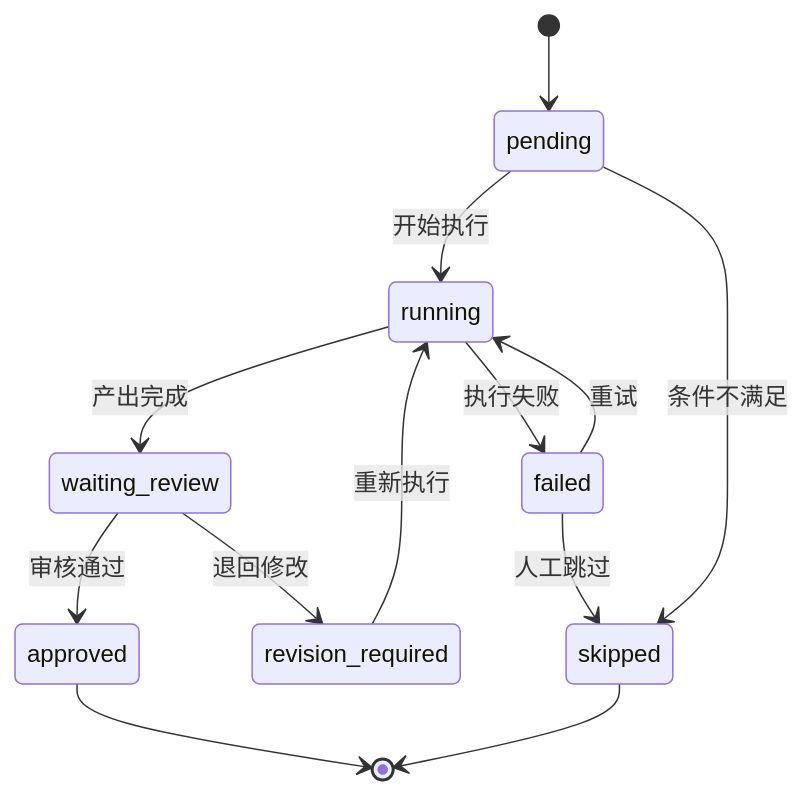
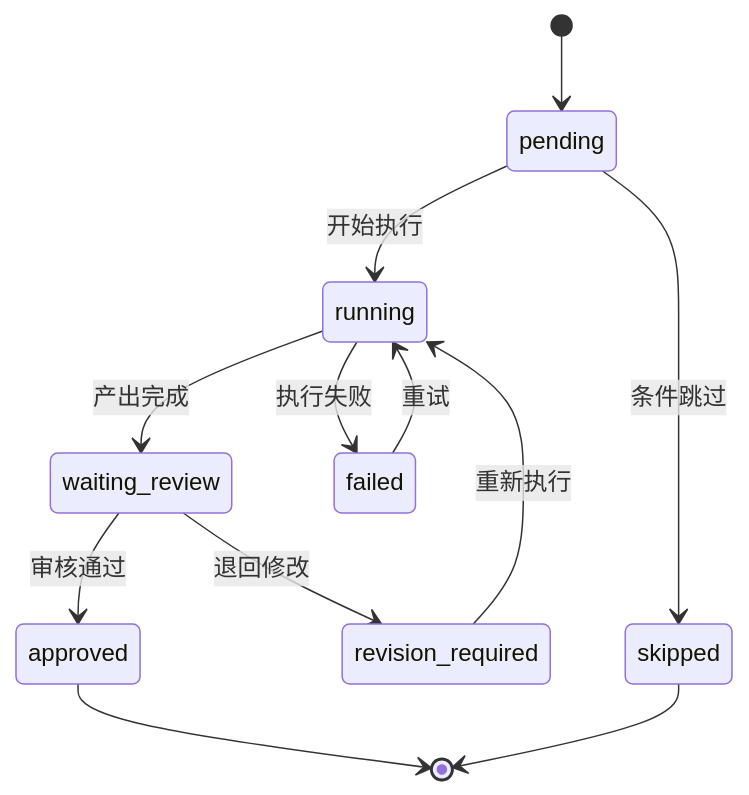
The third of 7 diagrams in docs/07-workflow/content-workflow.md (StanlySGY/Content-Factory), drawn with Mermaid before and after one commit. The commit also changed other lines of this file and 5 other files, not shown here.

````diff
--- a/docs/07-workflow/content-workflow.md
+++ b/docs/07-workflow/content-workflow.md
@@ -243,15 +249,14 @@
 ```mermaid
 stateDiagram-v2
     [*] --> pending
     pending --> running: 开始执行
     running --> waiting_review: 产出完成
     waiting_review --> approved: 审核通过
     waiting_review --> revision_required: 退回修改
     revision_required --> running: 重新执行
     running --> failed: 执行失败
     failed --> running: 重试
-    failed --> skipped: 人工跳过
-    pending --> skipped: 条件不满足
+    pending --> skipped: 条件跳过
     approved --> [*]
     skipped --> [*]
 ```
````
